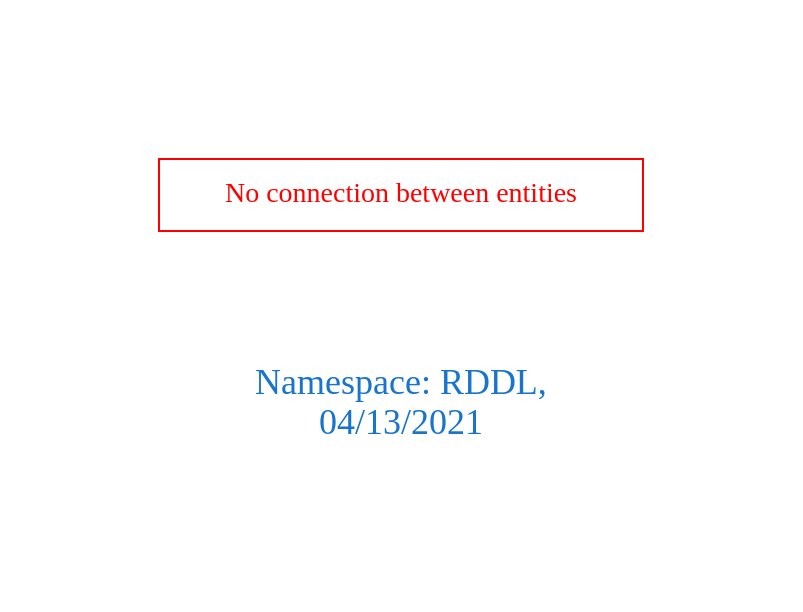
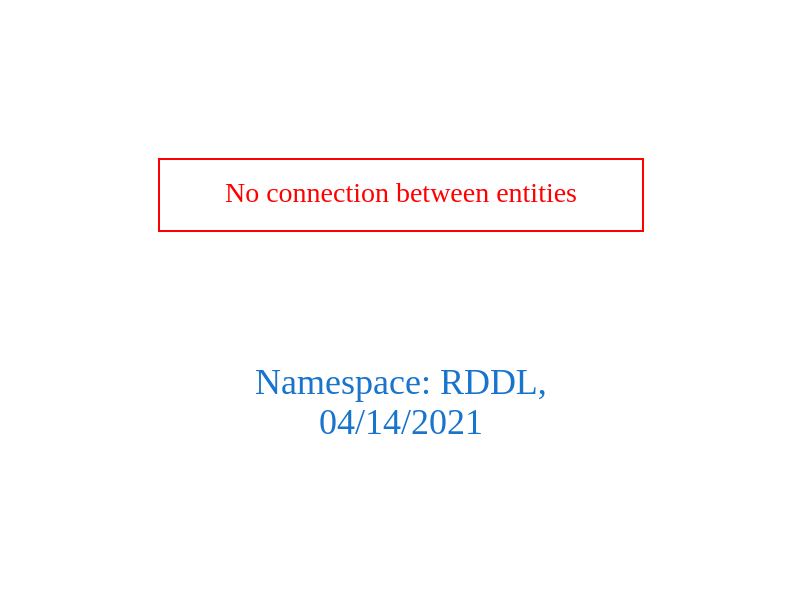
Before and after one commit to arago/OGIT: the diagram in downloads/RDDL.dot, drawn with Graphviz. The commit also changed 1849 other files, not shown here.

```diff
--- a/downloads/RDDL.dot
+++ b/downloads/RDDL.dot
@@ -1,9 +1,9 @@
 digraph OGIT_ontology {
  graph [ rankdir= LR,pad=1 
 fontsize = 18,
-fontcolor= dodgerblue3,label = "\n\n\nNamespace: RDDL, \n 04/13/2021"];
+fontcolor= dodgerblue3,label = "\n\n\nNamespace: RDDL, \n 04/14/2021"];
 node[shape=polygon];
 edge [  color="gray81"];
 
 "No connection between entities" [fontcolor = "red",color="red", shape="polygon"]
 }
```
